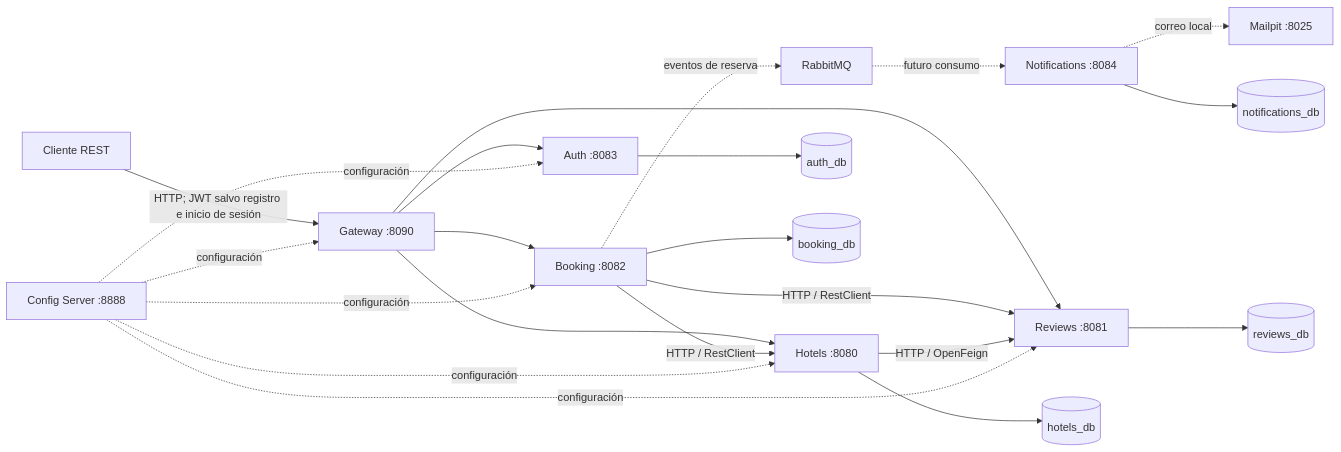
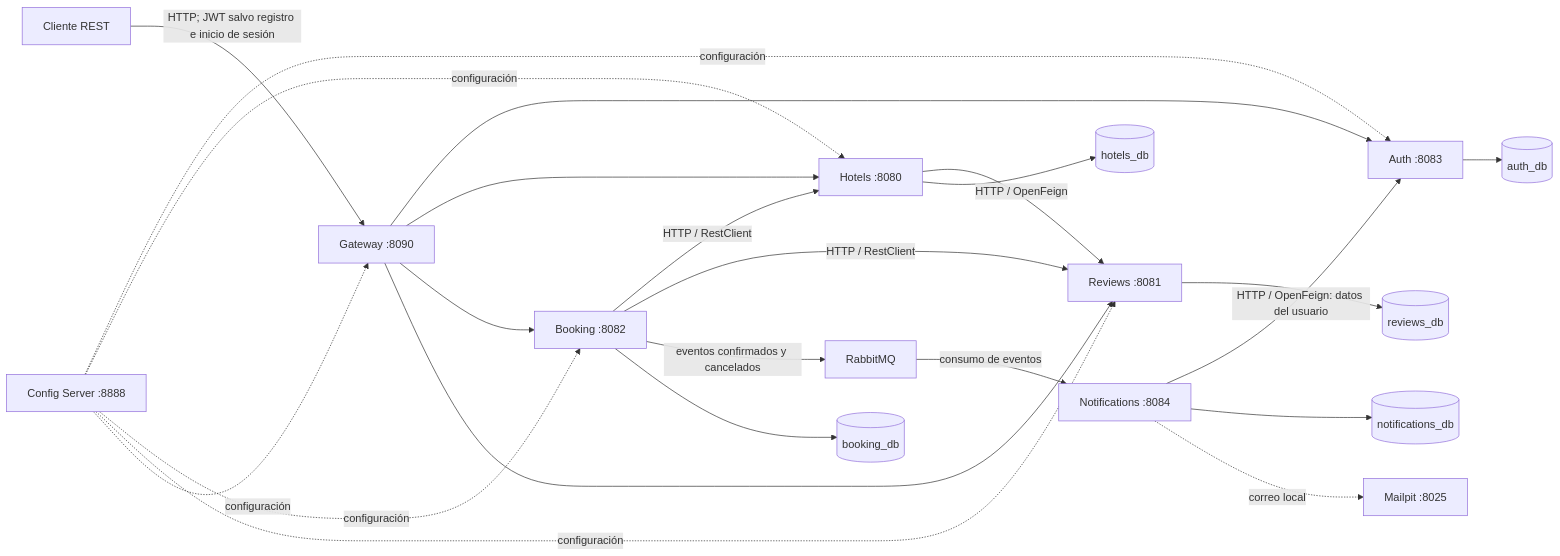
The diagram in README.md (alexmruiz/staybook-microservices), drawn with Mermaid before and after one commit. The commit also changed other lines of this file and 7 other files, not shown here.

````diff
--- a/README.md
+++ b/README.md
@@ -23,27 +23,28 @@
 ```mermaid
 flowchart LR
     Client[Cliente REST] -->|HTTP; JWT salvo registro e inicio de sesión| Gateway[Gateway :8090]
     Gateway --> Auth[Auth :8083]
     Gateway --> Hotels[Hotels :8080]
     Gateway --> Booking[Booking :8082]
     Gateway --> Reviews[Reviews :8081]
 
     Booking -->|HTTP / RestClient| Hotels
     Booking -->|HTTP / RestClient| Reviews
     Hotels -->|HTTP / OpenFeign| Reviews
-    Booking -. eventos de reserva .-> Rabbit[RabbitMQ]
-    Rabbit -. futuro consumo .-> Notifications[Notifications :8084]
+    Booking -->|eventos confirmados y cancelados| Rabbit[RabbitMQ]
+    Rabbit -->|consumo de eventos| Notifications[Notifications :8084]
+    Notifications -->|HTTP / OpenFeign: datos del usuario| Auth
     Notifications --> NotificationsDB[(notifications_db)]
     Notifications -. correo local .-> Mailpit[Mailpit :8025]
 
     Auth --> AuthDB[(auth_db)]
     Hotels --> HotelsDB[(hotels_db)]
     Booking --> BookingDB[(booking_db)]
     Reviews --> ReviewsDB[(reviews_db)]
 
     Config[Config Server :8888] -. configuración .-> Auth
     Config -. configuración .-> Hotels
     Config -. configuración .-> Booking
     Config -. configuración .-> Reviews
     Config -. configuración .-> Gateway
 ```
````
